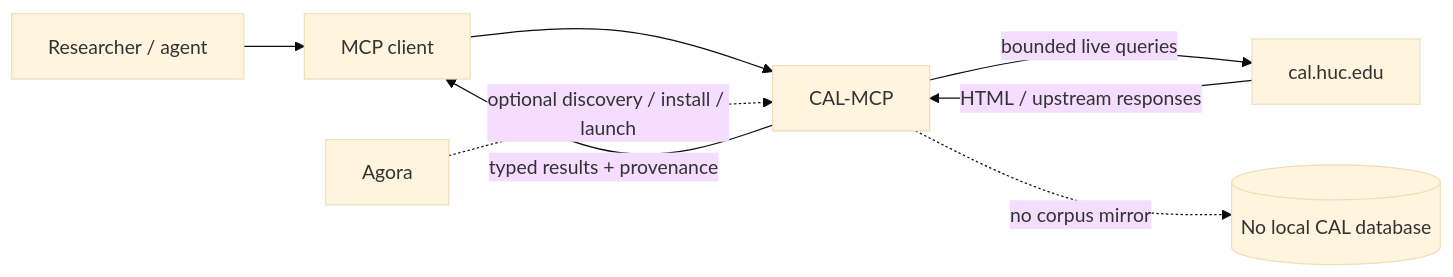
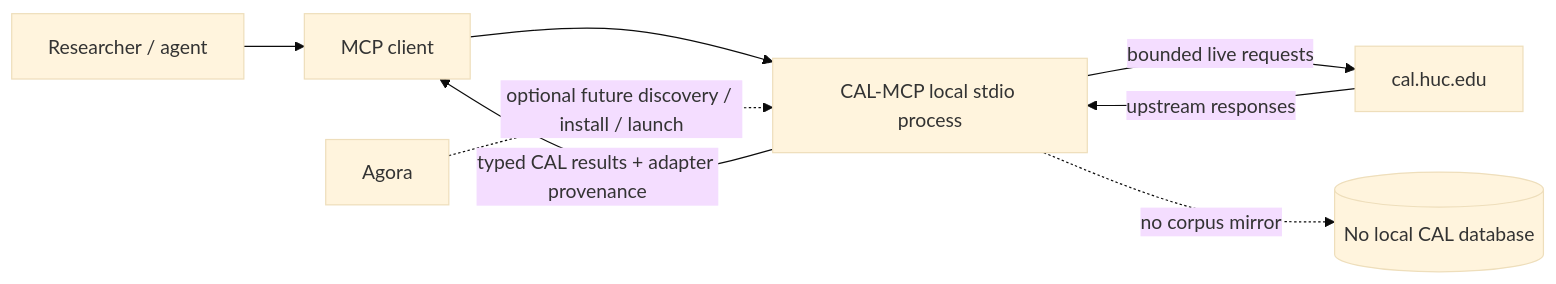
Before and after one commit to alexsosn/CAL-MCP: the diagram in README.md, drawn with Mermaid (base theme). The commit also changed other lines of this file and 20 other files, not shown here.

````diff
--- a/README.md
+++ b/README.md
@@ -54,12 +51,11 @@
 ```mermaid
 flowchart LR
     U[Researcher / agent] --> C[MCP client]
-    C --> M[CAL-MCP]
-    M -->|bounded live queries| CAL[cal.huc.edu]
-    CAL -->|HTML / upstream responses| M
-    M -->|typed results + provenance| C
+    C --> M[CAL-MCP local stdio process]
+    M -->|bounded live requests| CAL[cal.huc.edu]
+    CAL -->|upstream responses| M
+    M -->|typed CAL results + adapter provenance| C
 
-    A[Agora] -. optional discovery / install / launch .-> M
-
+    A[Agora] -. optional future discovery / install / launch .-> M
     M -. no corpus mirror .-> X[(No local CAL database)]
 ```
````
